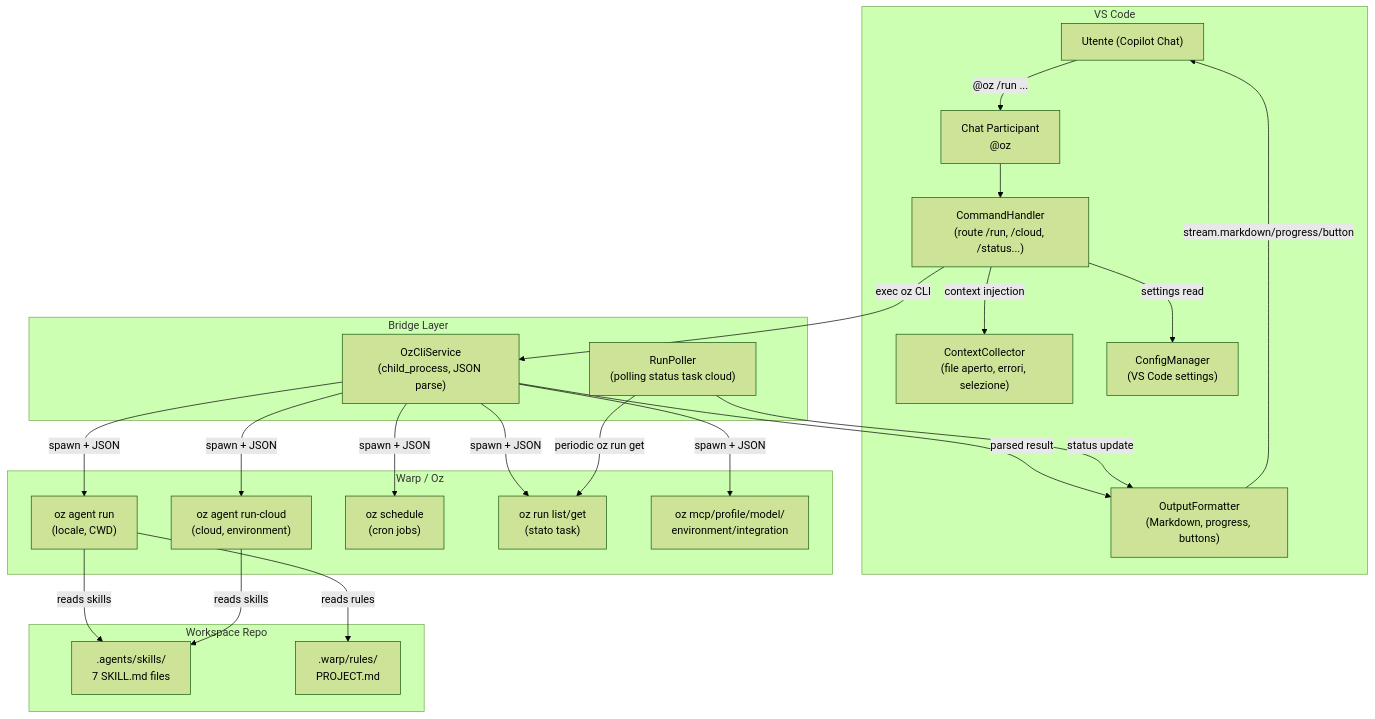
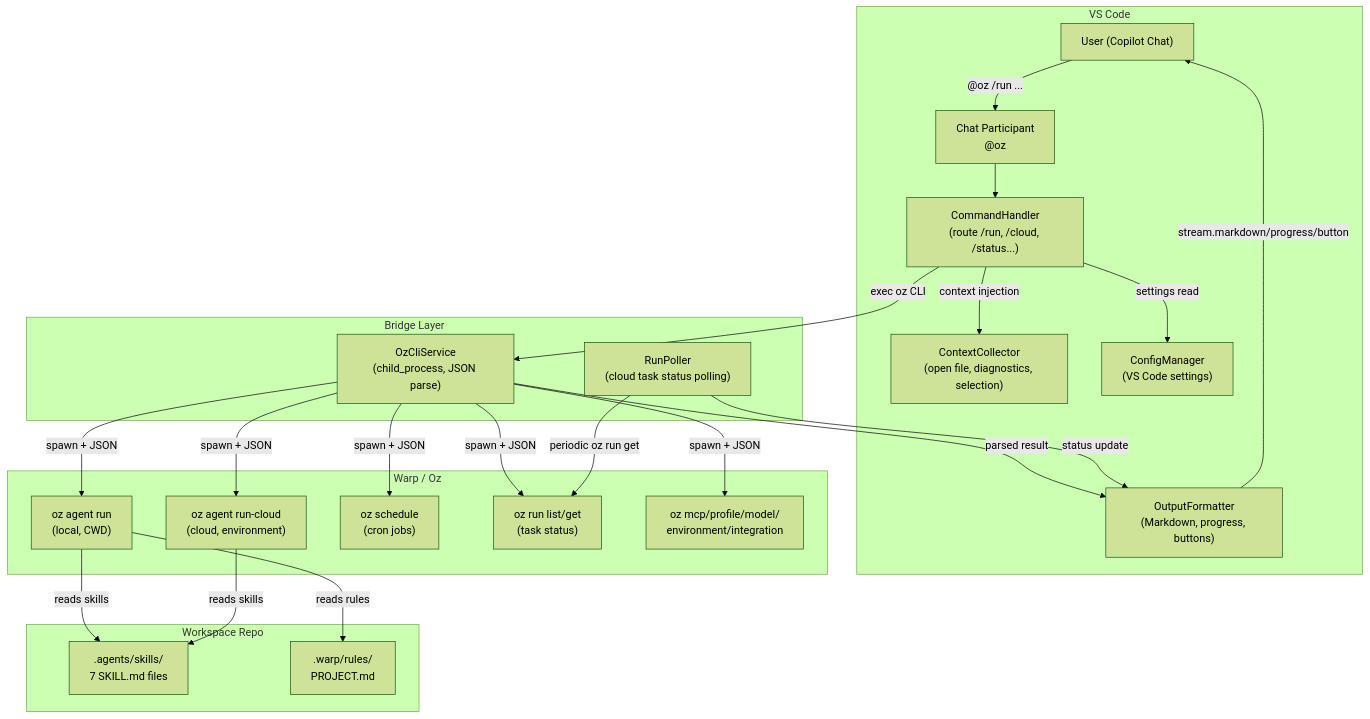
The first of 3 diagrams in docs/DESIGN.md (sena-labs/OzBridge), drawn with Mermaid (forest theme) before and after one commit. The commit also changed other lines of this file and 1 other file, not shown here.

````diff
--- a/docs/DESIGN.md
+++ b/docs/DESIGN.md
@@ -13,47 +17,47 @@
 ```mermaid
 graph TB
     subgraph VSCode["VS Code"]
-        User["Utente (Copilot Chat)"]
+        User["User (Copilot Chat)"]
         CP["Chat Participant<br/>@oz"]
         CH["CommandHandler<br/>(route /run, /cloud, /status...)"]
-        CTX["ContextCollector<br/>(file aperto, errori, selezione)"]
+        CTX["ContextCollector<br/>(open file, diagnostics, selection)"]
         CFG["ConfigManager<br/>(VS Code settings)"]
         OUT["OutputFormatter<br/>(Markdown, progress, buttons)"]
     end
 
     subgraph Bridge["Bridge Layer"]
         CLI["OzCliService<br/>(child_process, JSON parse)"]
-        POLL["RunPoller<br/>(polling status task cloud)"]
+        POLL["RunPoller<br/>(cloud task status polling)"]
     end
 
     subgraph Warp["Warp / Oz"]
-        OZ_LOCAL["oz agent run<br/>(locale, CWD)"]
+        OZ_LOCAL["oz agent run<br/>(local, CWD)"]
         OZ_CLOUD["oz agent run-cloud<br/>(cloud, environment)"]
         OZ_SCHED["oz schedule<br/>(cron jobs)"]
-        OZ_RUN["oz run list/get<br/>(stato task)"]
+        OZ_RUN["oz run list/get<br/>(task status)"]
         OZ_CFG["oz mcp/profile/model/<br/>environment/integration"]
     end
 
     subgraph Repo["Workspace Repo"]
         SKILLS[".agents/skills/<br/>7 SKILL.md files"]
         RULES[".warp/rules/<br/>PROJECT.md"]
     end
 
     User -->|"@oz /run ..."| CP
     CP --> CH
     CH -->|"context injection"| CTX
     CH -->|"settings read"| CFG
     CH -->|"exec oz CLI"| CLI
     CLI -->|"spawn + JSON"| OZ_LOCAL
     CLI -->|"spawn + JSON"| OZ_CLOUD
     CLI -->|"spawn + JSON"| OZ_SCHED
     CLI -->|"spawn + JSON"| OZ_RUN
     CLI -->|"spawn + JSON"| OZ_CFG
     CLI -->|"parsed result"| OUT
     OUT -->|"stream.markdown/progress/button"| User
     POLL -->|"periodic oz run get"| OZ_RUN
     POLL -->|"status update"| OUT
     OZ_LOCAL -->|"reads skills"| SKILLS
     OZ_LOCAL -->|"reads rules"| RULES
     OZ_CLOUD -->|"reads skills"| SKILLS
 ```
````
